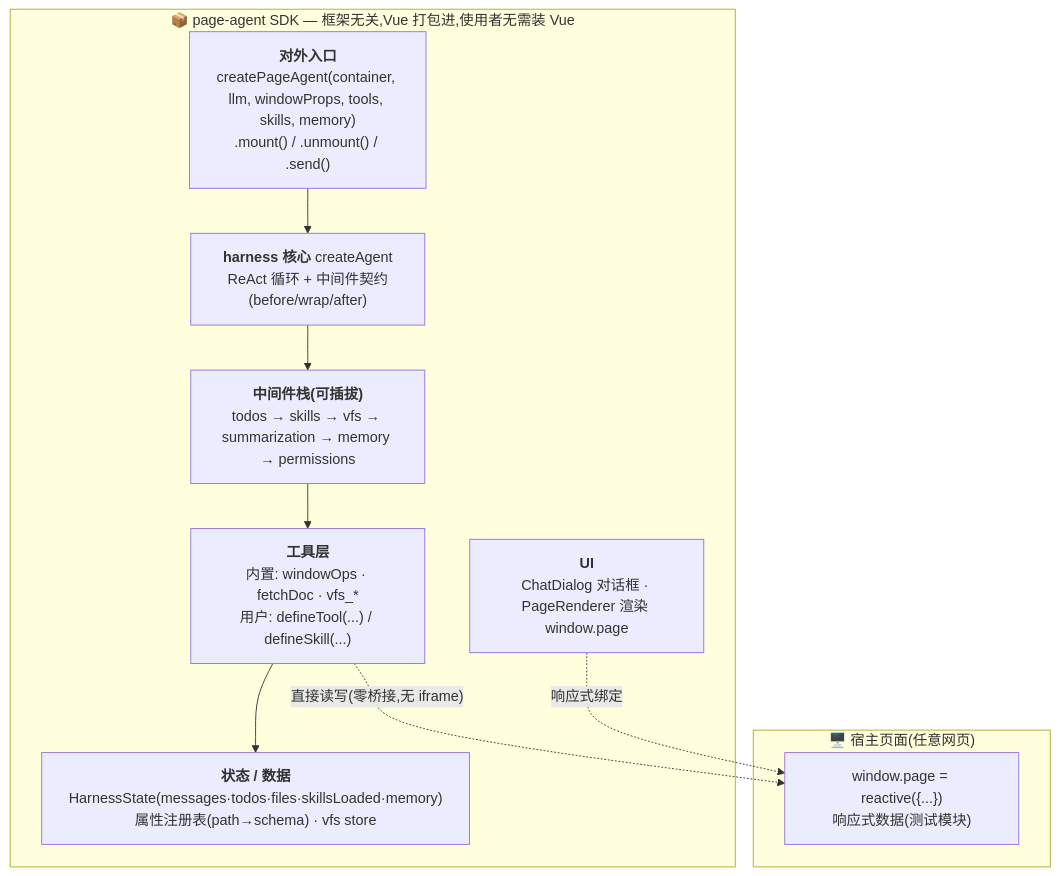
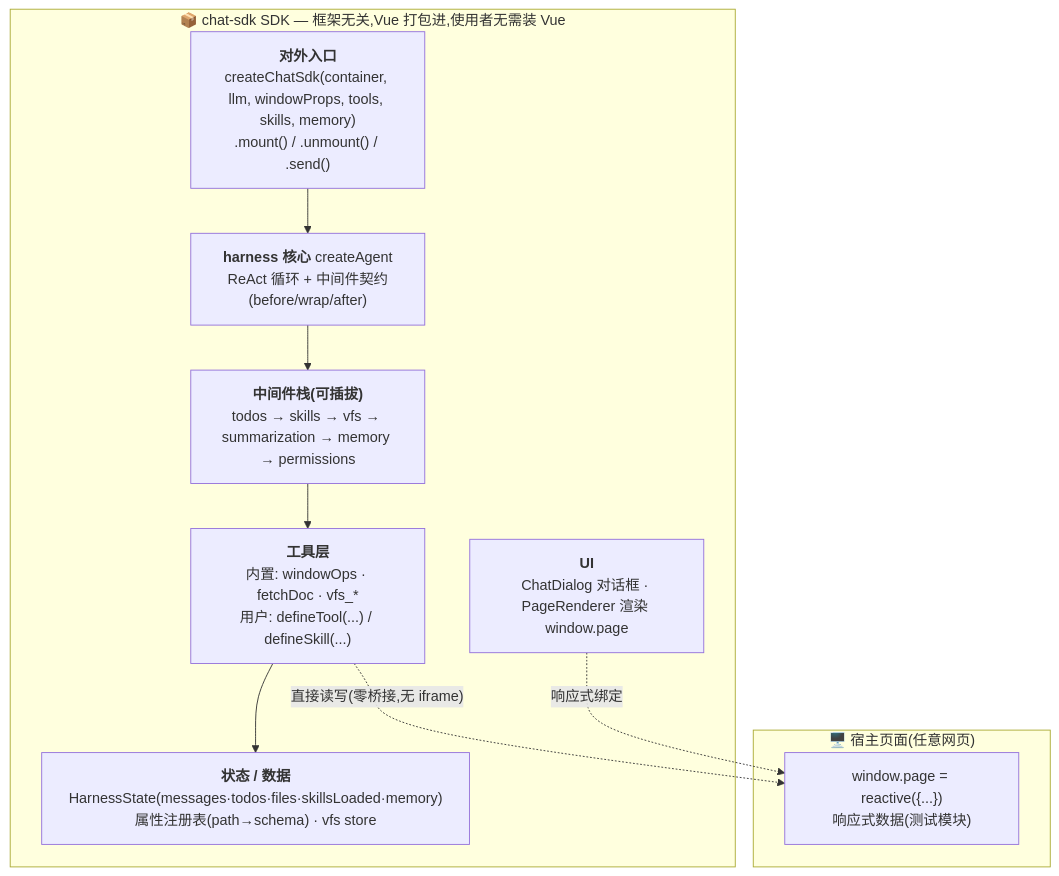
Before and after one commit to whyymj/chat-sdk: the first of 3 diagrams in doc/architecture.md, drawn with Mermaid. The commit also changed other lines of this file and 38 other files, not shown here.

First line of the commit message:
refactor: 改名 page-agent → chat-sdk(包名 + API 全套)

````diff
--- a/doc/architecture.md
+++ b/doc/architecture.md
@@ -12,18 +12,18 @@
 ```mermaid
 flowchart TD
   subgraph Host["🖥️ 宿主页面(任意网页)"]
     WP["window.page = reactive({...})<br/>响应式数据(测试模块)"]
   end
 
-  subgraph SDK["📦 page-agent SDK — 框架无关,Vue 打包进,使用者无需装 Vue"]
-    Entry["<b>对外入口</b><br/>createPageAgent(container, llm, windowProps, tools, skills, memory)<br/>.mount() / .unmount() / .send()"]
+  subgraph SDK["📦 chat-sdk SDK — 框架无关,Vue 打包进,使用者无需装 Vue"]
+    Entry["<b>对外入口</b><br/>createChatSdk(container, llm, windowProps, tools, skills, memory)<br/>.mount() / .unmount() / .send()"]
     Core["<b>harness 核心</b> createAgent<br/>ReAct 循环 + 中间件契约(before/wrap/after)"]
     MW["<b>中间件栈(可插拔)</b><br/>todos → skills → vfs → summarization → memory → permissions"]
     Tools["<b>工具层</b><br/>内置: windowOps · fetchDoc · vfs_*<br/>用户: defineTool(...) / defineSkill(...)"]
     State["<b>状态 / 数据</b><br/>HarnessState(messages·todos·files·skillsLoaded·memory)<br/>属性注册表(path→schema) · vfs store"]
     UI["<b>UI</b><br/>ChatDialog 对话框 · PageRenderer 渲染 window.page"]
     Entry --> Core --> MW --> Tools --> State
     Tools -. "直接读写(零桥接,无 iframe)" .-> WP
     UI -. "响应式绑定" .-> WP
   end
 ```
````
